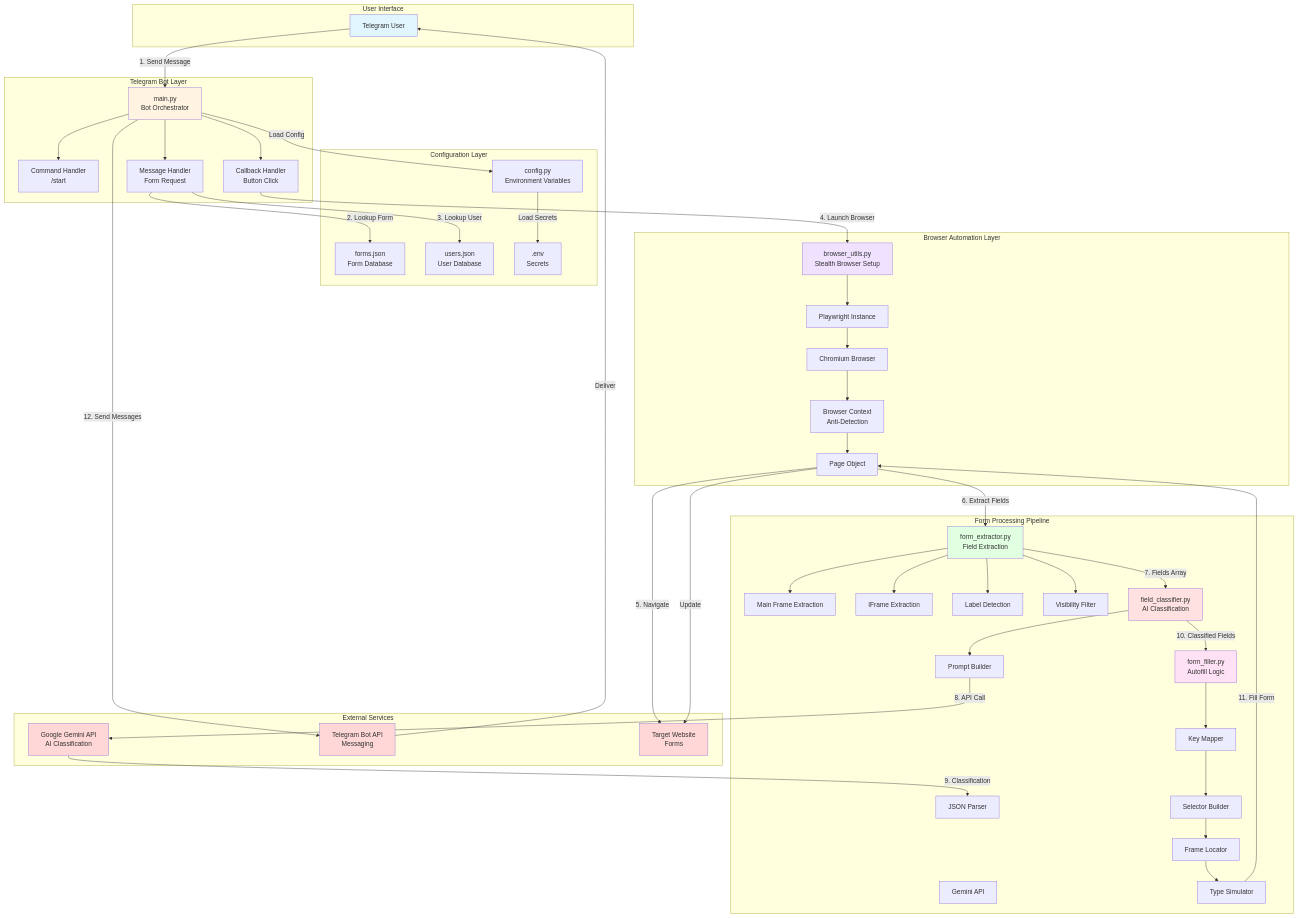
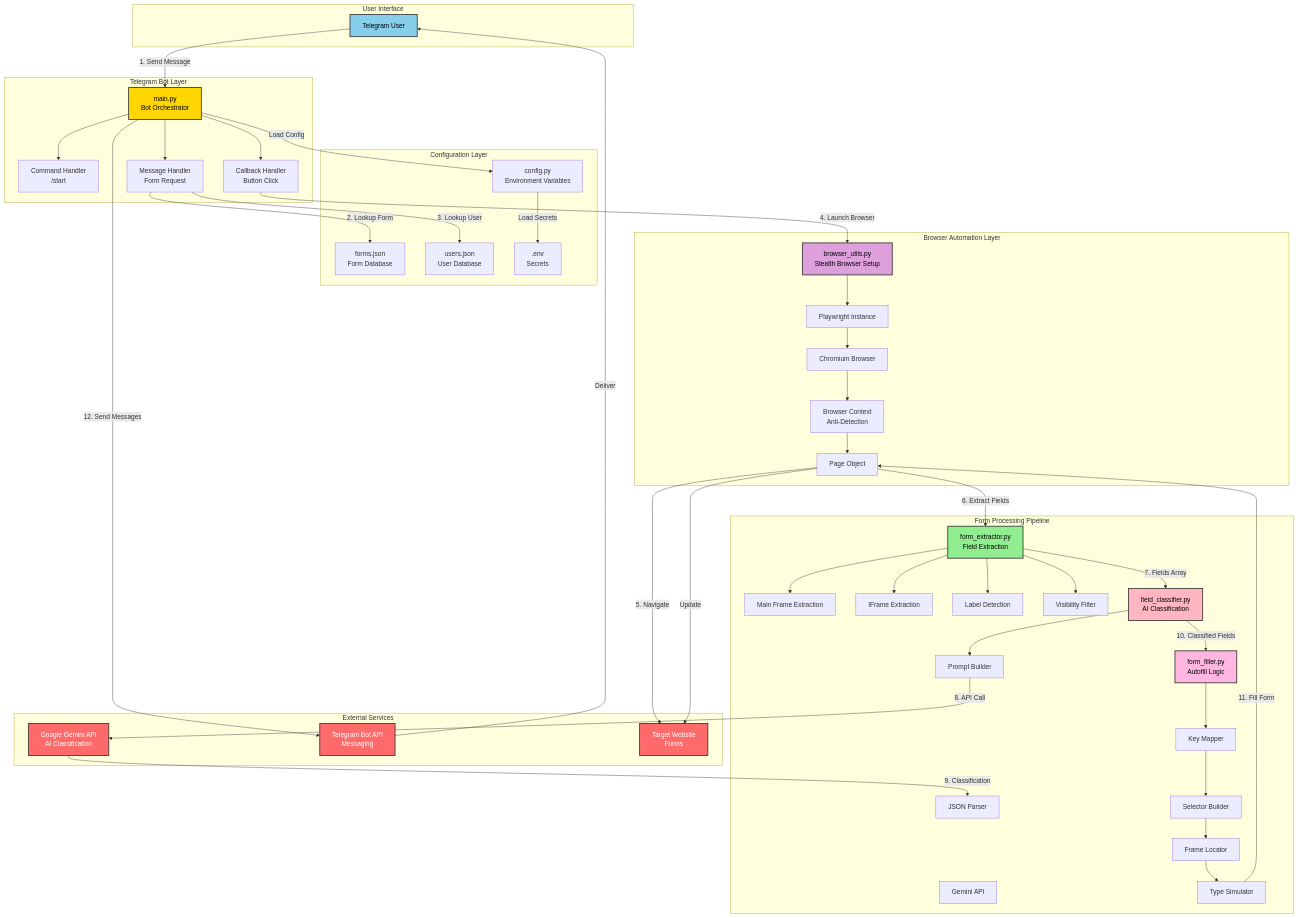
The first of 9 diagrams in ARCHITECTURE_DIAGRAM.md (Buck-Beak/Form_Filler), drawn with Mermaid before and after one commit. The commit also changed other lines of this file, not shown here.

````diff
--- a/ARCHITECTURE_DIAGRAM.md
+++ b/ARCHITECTURE_DIAGRAM.md
@@ -96,13 +96,13 @@
     B -->|12. Send Messages| H2
     H2 -->|Deliver| A
     
-    style A fill:#e1f5ff
-    style B fill:#fff4e1
-    style D fill:#f0e1ff
-    style E fill:#e1ffe1
-    style F fill:#ffe1e1
-    style G fill:#ffe1f5
-    style H1 fill:#ffd7d7
-    style H2 fill:#ffd7d7
-    style H3 fill:#ffd7d7
+    style A fill:#87ceeb,stroke:#333,stroke-width:2px,color:#000
+    style B fill:#ffd700,stroke:#333,stroke-width:2px,color:#000
+    style D fill:#dda0dd,stroke:#333,stroke-width:2px,color:#000
+    style E fill:#90ee90,stroke:#333,stroke-width:2px,color:#000
+    style F fill:#ffb6c1,stroke:#333,stroke-width:2px,color:#000
+    style G fill:#ffb6e1,stroke:#333,stroke-width:2px,color:#000
+    style H1 fill:#ff6b6b,stroke:#333,stroke-width:2px,color:#fff
+    style H2 fill:#ff6b6b,stroke:#333,stroke-width:2px,color:#fff
+    style H3 fill:#ff6b6b,stroke:#333,stroke-width:2px,color:#fff
 ```
````
